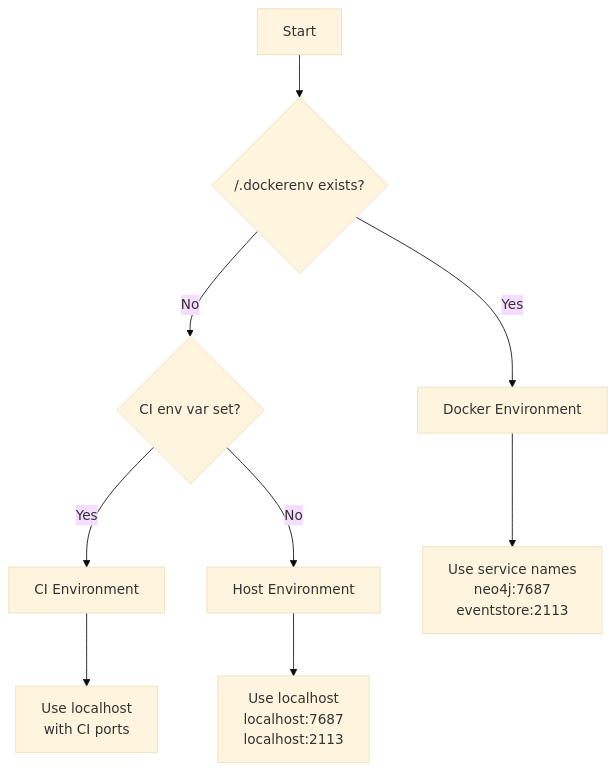
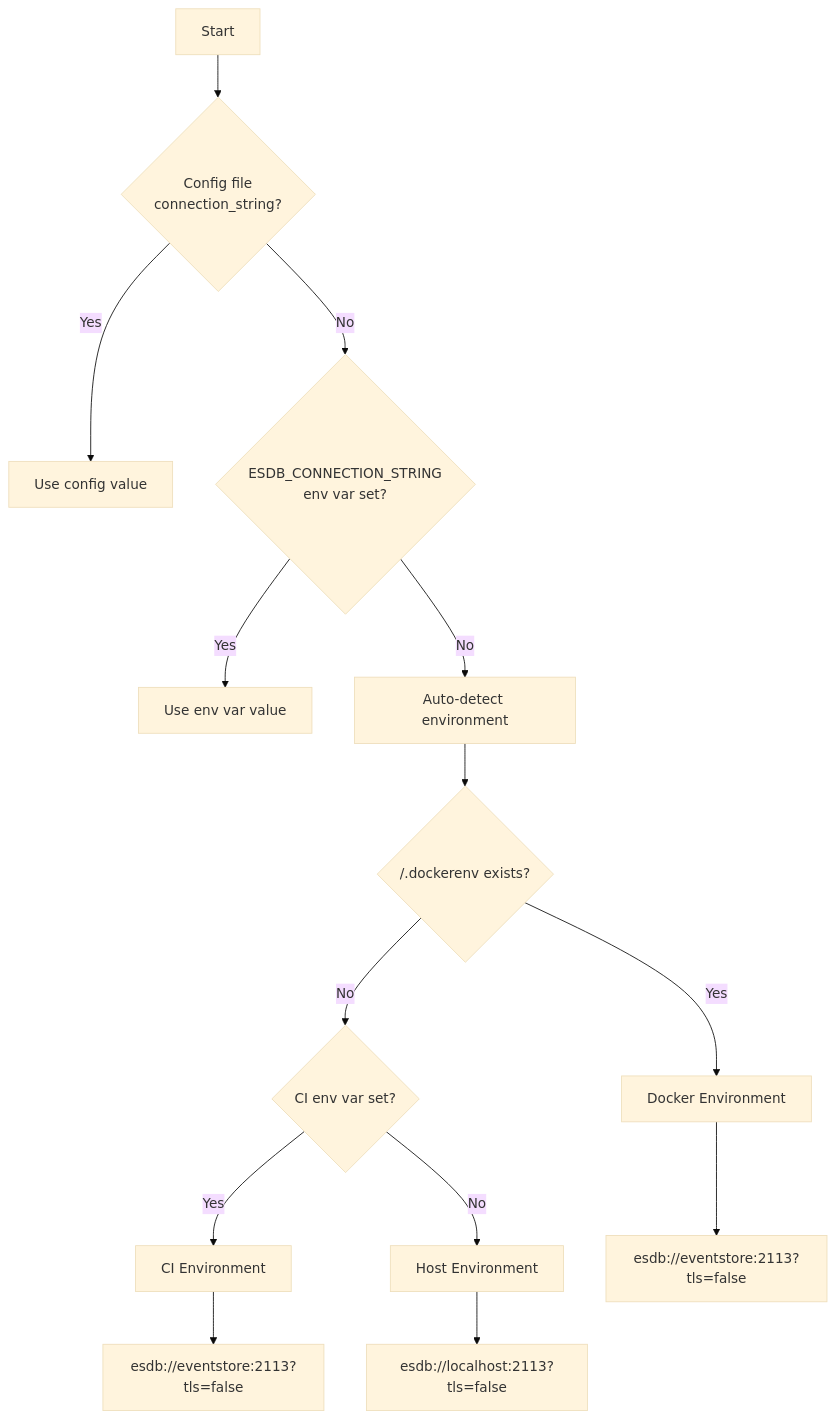
One commit to DigitalCowboyN/interview_analyzer_chaining changed the fourth of 4 diagrams in docs/architecture/system-overview.md. Above: the diagram before and after it, drawn with Mermaid (base theme). The commit also changed other lines of this file and 12 other files, not shown here.

First line of the commit message:
Phase 7: Integration test infrastructure with ESDB environment detection

````diff
--- a/docs/architecture/system-overview.md
+++ b/docs/architecture/system-overview.md
@@ -187,12 +187,18 @@
 ```mermaid
 flowchart TD
-    Start[Start] --> CheckDocker{/.dockerenv exists?}
+    Start[Start] --> CheckConfig{Config file<br/>connection_string?}
+    CheckConfig -->|Yes| UseConfig["Use config value"]
+    CheckConfig -->|No| CheckEnv{ESDB_CONNECTION_STRING<br/>env var set?}
+    CheckEnv -->|Yes| UseEnvVar["Use env var value"]
+    CheckEnv -->|No| Detect[Auto-detect environment]
+
+    Detect --> CheckDocker{/.dockerenv exists?}
     CheckDocker -->|Yes| Docker[Docker Environment]
     CheckDocker -->|No| CheckCI{CI env var set?}
     CheckCI -->|Yes| CI[CI Environment]
     CheckCI -->|No| Host[Host Environment]
 
-    Docker --> DockerConfig["Use service names<br/>neo4j:7687<br/>eventstore:2113"]
-    CI --> CIConfig["Use localhost<br/>with CI ports"]
-    Host --> HostConfig["Use localhost<br/>localhost:7687<br/>localhost:2113"]
+    Docker --> DockerConfig["esdb://eventstore:2113?tls=false"]
+    CI --> CIConfig["esdb://eventstore:2113?tls=false"]
+    Host --> HostConfig["esdb://localhost:2113?tls=false"]
 ```
````
